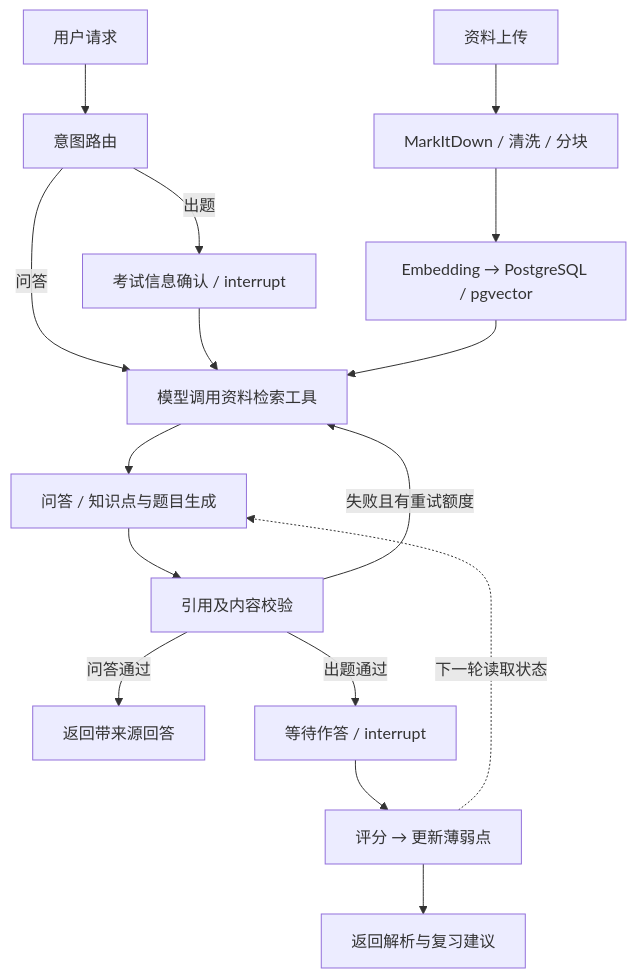
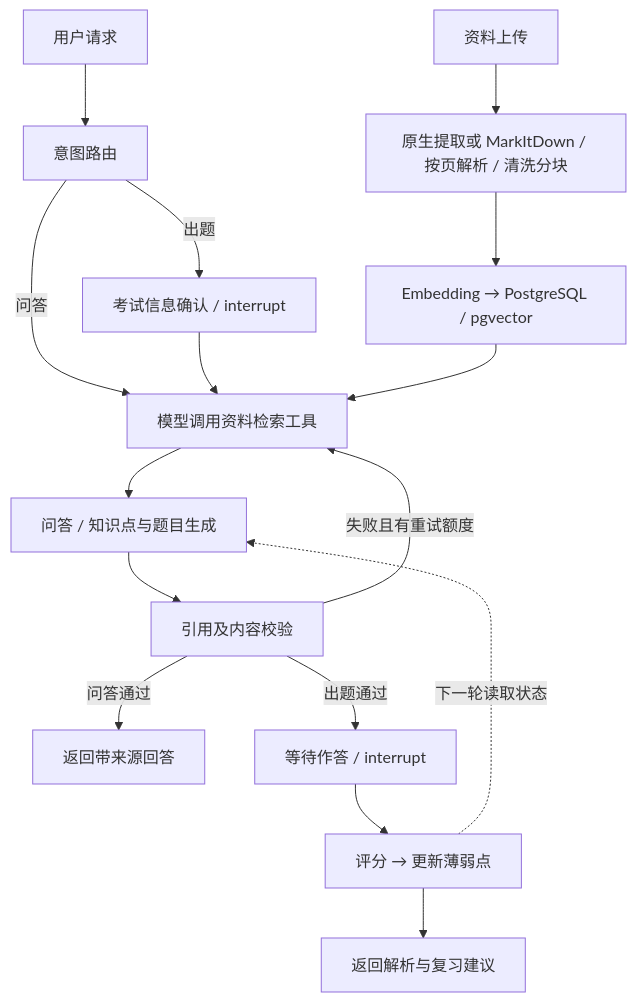
One commit to Dandelion-Smile/final-review changed the diagram in README.md. Above: the diagram before and after it, drawn with Mermaid. The commit also changed other lines of this file and 143 other files, not shown here.

````diff
--- a/README.md
+++ b/README.md
@@ -30,18 +30,18 @@
 ```mermaid
 flowchart TD
-    A[资料上传] --> B[MarkItDown / 清洗 / 分块]
+    A[资料上传] --> B[原生提取或 MarkItDown / 按页解析 / 清洗分块]
     B --> C[Embedding → PostgreSQL / pgvector]
     D[用户请求] --> E[意图路由]
     E -->|出题| F[考试信息确认 / interrupt]
     E -->|问答| G[模型调用资料检索工具]
     F --> G
     C --> G
     G --> H[问答 / 知识点与题目生成]
     H --> I[引用及内容校验]
     I -->|失败且有重试额度| G
     I -->|问答通过| J[返回带来源回答]
     I -->|出题通过| K[等待作答 / interrupt]
     K --> L[评分 → 更新薄弱点]
     L --> M[返回解析与复习建议]
     L -.下一轮读取状态.-> H
 ```
````
